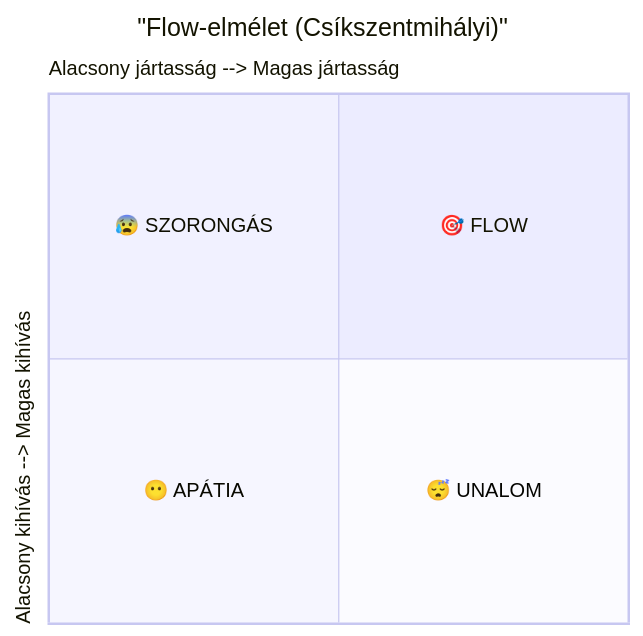
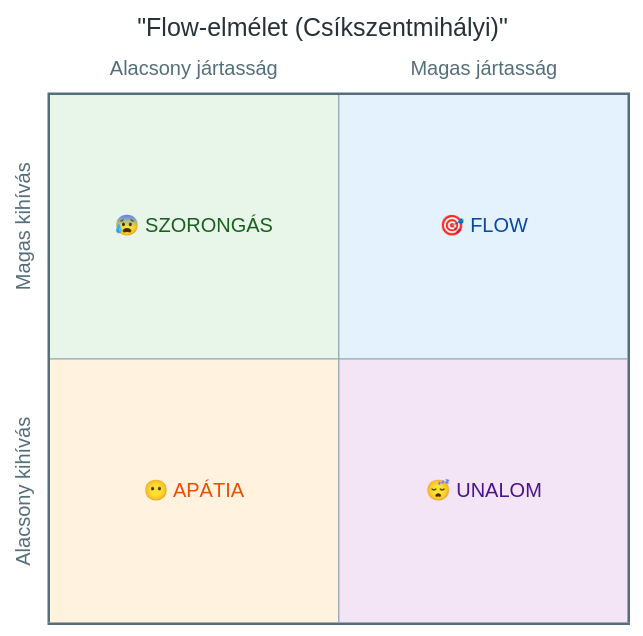
Before and after one commit to denespocsik/MM_BSC_Zarovizsga: the third of 3 diagrams in Tételek/K06-GMXMD1MBLF-Motivációs elméletek.tétel.md, drawn with Mermaid. The commit also changed other lines of this file and 34 other files, not shown here.

First line of the commit message:
style(tételek): egységes vizuális arculat a Mermaid-diagramokhoz

````diff
--- a/Tételek/K06-GMXMD1MBLF-Motivációs elméletek.tétel.md
+++ b/Tételek/K06-GMXMD1MBLF-Motivációs elméletek.tétel.md
@@ -130,10 +119,11 @@
 ```mermaid
+%%{init: {'theme':'base','themeVariables':{'quadrant1Fill':'#e3f2fd','quadrant2Fill':'#e8f5e9','quadrant3Fill':'#fff3e0','quadrant4Fill':'#f3e5f5','quadrant1TextFill':'#0d47a1','quadrant2TextFill':'#1b5e20','quadrant3TextFill':'#e65100','quadrant4TextFill':'#4a148c','quadrantPointFill':'#546e7a','quadrantPointTextFill':'#263238','quadrantXAxisTextFill':'#546e7a','quadrantYAxisTextFill':'#546e7a','quadrantTitleFill':'#263238','quadrantInternalBorderStrokeFill':'#90a4ae','quadrantExternalBorderStrokeFill':'#546e7a'}}}%%
 quadrantChart
     title "Flow-elmélet (Csíkszentmihályi)"
-    x-axis "Alacsony jártasság --> Magas jártasság"
-    y-axis "Alacsony kihívás --> Magas kihívás"
+    x-axis "Alacsony jártasság" --> "Magas jártasság"
+    y-axis "Alacsony kihívás" --> "Magas kihívás"
     quadrant-1 "🎯 FLOW"
     quadrant-2 "😰 SZORONGÁS"
     quadrant-3 "😶 APÁTIA"
     quadrant-4 "😴 UNALOM"
 ```
````
